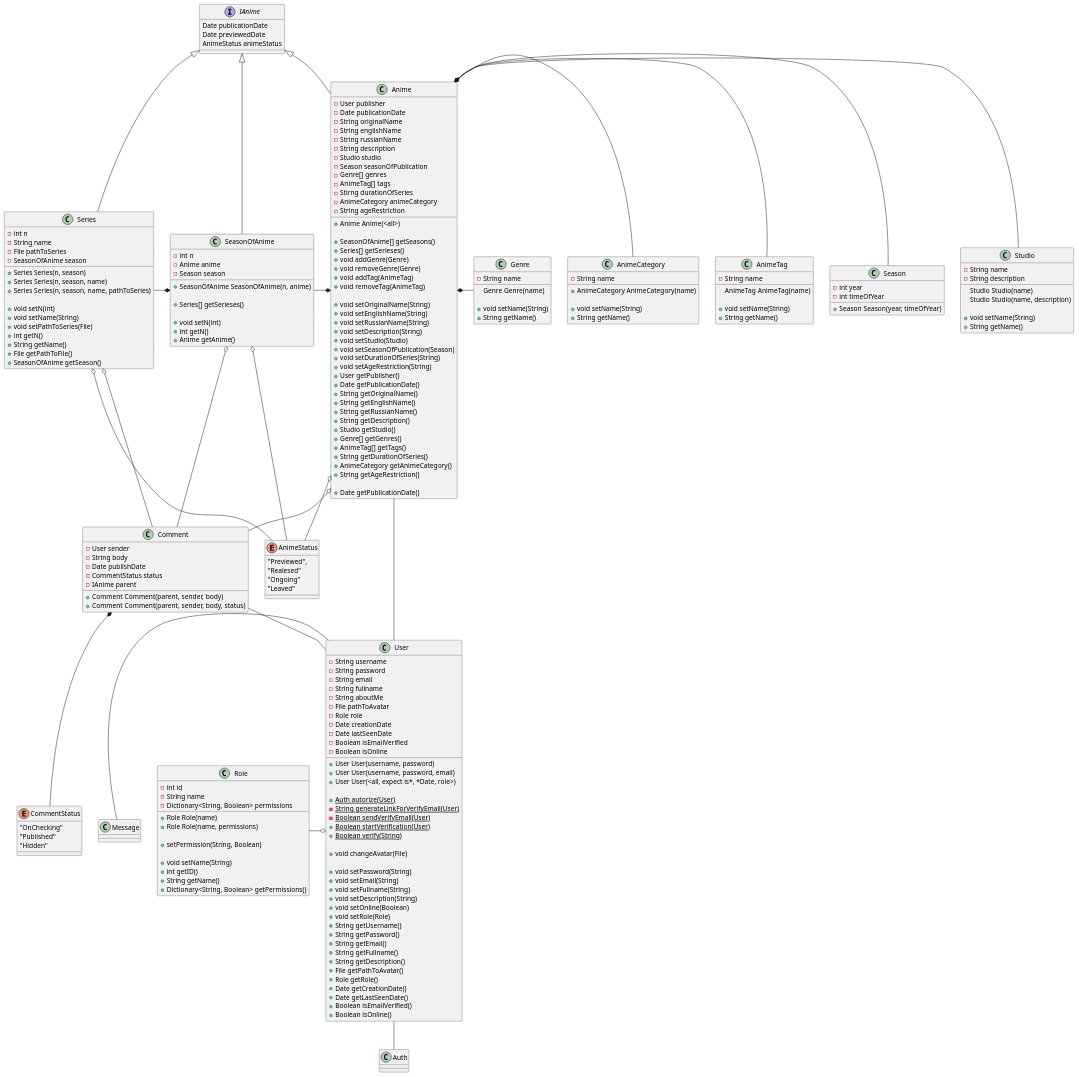
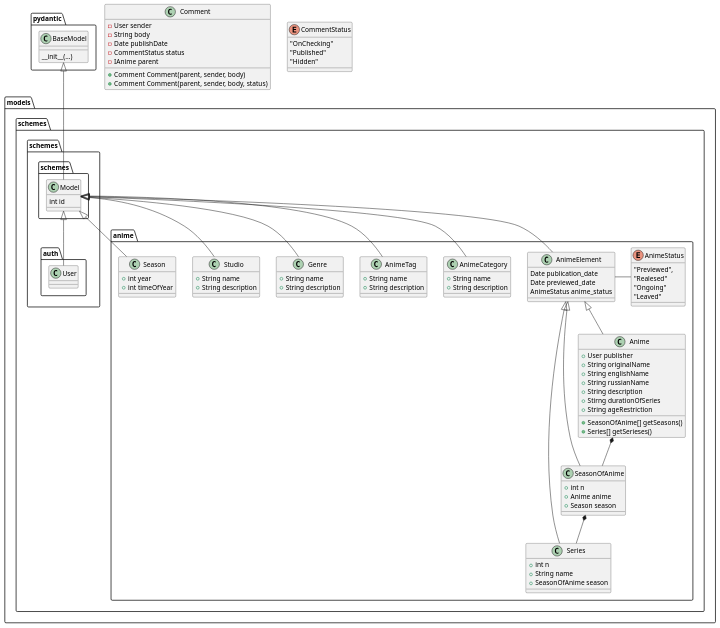
Before and after one commit to undiscoveredWorld/animeWatch: the diagram in docs/diagrams/classes.plantuml, drawn with PlantUML. The commit also changed 1 other file, not shown here.

```diff
--- a/docs/diagrams/classes.plantuml
+++ b/docs/diagrams/classes.plantuml
@@ -1,209 +1,117 @@
 @startuml class
 
-class Auth {
-    
+package pydantic {
+    class BaseModel {
+        __init__(...)
+    }
 }
 
-class Role {
-    - int id
-    - String name
-    - Dictionary<String, Boolean> permissions
-    
-    + Role Role(name)
-    + Role Role(name, permissions)
+package models {
+    package schemes {
+        package schemes.schemes {
+            class Model {
+                int id
+            }
 
-    + setPermission(String, Boolean)
+            BaseModel <|-- Model
+        }
 
-    + void setName(String)
-    + int getID()
-    + String getName()
-    + Dictionary<String, Boolean> getPermissions()
+        package schemes.auth {
+            class User {
+
+            }
+
+            Model <|-- User
+        }
+
+        package anime {
+            class AnimeElement {
+                Date publication_date
+                Date previewed_date
+                AnimeStatus anime_status
+            }
+
+            class Series {
+                + int n
+                + String name
+                + SeasonOfAnime season
+            }
+
+            class SeasonOfAnime {
+                + int n
+                + Anime anime
+                + Season season
+            }
+
+            class Anime {
+                + User publisher
+                + String originalName
+                + String englishName
+                + String russianName
+                + String description
+                + Stirng durationOfSeries
+                + String ageRestriction
+                
+                + SeasonOfAnime[] getSeasons()
+                + Series[] getSerieses()
+            }
+
+            class AnimeCategory {
+                + String name
+                + String description
+            }
+
+            class AnimeTag {
+                + String name
+                + String description
+            }
+
+            class Genre {
+                + String name
+                + String description
+            }
+
+            class Studio {
+                + String name
+                + String description
+            }
+
+            class Season {
+                + int year
+                + int timeOfYear
+            }
+
+            enum AnimeStatus {
+                "Previewed",
+                "Realesed"
+                "Ongoing"
+                "Leaved"
+            }
+
+            Model <|-- AnimeElement
+            Model <|-- AnimeCategory
+            Model <|-- AnimeTag
+            Model <|-- Genre
+            Model <|-- Studio
+            Model <|-- Season
+
+            AnimeElement <|-- Series
+            AnimeElement <|-- SeasonOfAnime
+            AnimeElement <|-- Anime
+
+            AnimeElement - AnimeStatus
+
+            SeasonOfAnime *-- Series
+            Anime *-- SeasonOfAnime
+        }
+    }
 }
 
-class User {
-    - String username
-    - String password
-    - String email
-    - String fullname
-    - String aboutMe
-    - File pathToAvatar
-    - Role role
-    - Date creationDate
-    - Date lastSeenDate
-    - Boolean isEmailVerified
-    - Boolean isOnline
 
-    + User User(username, password)
-    + User User(username, password, email)
-    + User User(<all, expect is*, *Date, role>)
 
-    + {static} Auth autorize(User)
-    - {static} String generateLinkForVerifyEmail(User)
-    - {static} Boolean sendVerifyEmail(User)
-    + {static} Boolean startVerification(User)
-    + {static} Boolean verify(String)
 
-    + void changeAvatar(File)
 
-    + void setPassword(String)
-    + void setEmail(String)
-    + void setFullname(String)
-    + void setDescription(String)
-    + void setOnline(Boolean)
-    + void setRole(Role)
-    + String getUsername()
-    + String getPassword()
-    + String getEmail()
-    + String getFullname()
-    + String getDescription()
-    + File getPathToAvatar()
-    + Role getRole()
-    + Date getCreationDate()
-    + Date getLastSeenDate()
-    + Boolean isEmailVerified()
-    + Boolean isOnline()
-}
 
-interface IAnime {
-    Date publicationDate
-    Date previewedDate
-    AnimeStatus animeStatus
-}
-
-class Series {
-    - int n
-    - String name
-    - File pathToSeries
-    - SeasonOfAnime season
-
-    + Series Series(n, season)
-    + Series Series(n, season, name)
-    + Series Series(n, season, name, pathToSeries)
-
-    + void setN(int)
-    + void setName(String)
-    + void setPathToSeries(File)
-    + int getN()
-    + String getName()
-    + File getPathToFile()
-    + SeasonOfAnime getSeason()
-
-}
-
-class SeasonOfAnime {
-    - int n
-    - Anime anime
-    - Season season
-
-    + SeasonOfAnime SeasonOfAnime(n, anime)
-
-    + Series[] getSerieses()
-
-    + void setN(int)
-    + int getN()
-    + Anime getAnime()
-}
-
-class Anime {
-    - User publisher
-    - Date publicationDate
-    - String originalName
-    - String englishName
-    - String russianName
-    - String description
-    - Studio studio
-    - Season seasonOfPublication
-    - Genre[] genres
-    - AnimeTag[] tags
-    - Stirng durationOfSeries
-    - AnimeCategory animeCategory
-    - String ageRestriction
-    
-    + Anime Anime(<all>)
-
-    + SeasonOfAnime[] getSeasons()
-    + Series[] getSerieses()
-    + void addGenre(Genre)
-    + void removeGenre(Genre)
-    + void addTag(AnimeTag)
-    + void removeTag(AnimeTag)
-
-    + void setOriginalName(String)
-    + void setEnglishName(String)
-    + void setRussianName(String)
-    + void setDescription(String)
-    + void setStudio(Studio)
-    + void setSeasonOfPublication(Season)
-    + void setDurationOfSeries(String)
-    + void setAgeRestriction(String)
-    + User getPublisher()
-    + Date getPublicationDate()
-    + String getOriginalName()
-    + String getEnglishName()
-    + String getRussianName()
-    + String getDescription()
-    + Studio getStudio()
-    + Genre[] getGenres()
-    + AnimeTag[] getTags()
-    + String getDurationOfSeries()
-    + AnimeCategory getAnimeCategory()
-    + String getAgeRestriction()
-
-    + Date getPublicationDate()
-}
-
-class AnimeCategory {
-    - String name
-    
-    + AnimeCategory AnimeCategory(name)
-
-    + void setName(String)
-    + String getName()
-
-}
-
-class AnimeTag {
-    - String name
-
-    AnimeTag AnimeTag(name)
-
-    + void setName(String)
-    + String getName()
-}
-
-class Genre {
-    - String name
-
-    Genre Genre(name)
-
-    + void setName(String)
-    + String getName()
-}
-
-class Studio {
-    - String name
-    - String description
-
-    Studio Studio(name)
-    Studio Studio(name, description)
-
-    + void setName(String)
-    + String getName()
-}
-
-class Season {
-    - int year
-    - int timeOfYear
-
-    + Season Season(year, timeOfYear)
-}
-
-enum AnimeStatus {
-    "Previewed",
-    "Realesed"
-    "Ongoing"
-    "Leaved"
-}
 
 class Comment {
     - User sender
@@ -223,31 +131,4 @@
     "Hidden"
 }
 
-User o-left- Role
-User -down- Auth
-User -left- Message
-User -- Anime
-
-IAnime <|-- Anime
-IAnime <|-- SeasonOfAnime
-IAnime <|-- Series
-
-Anime *-left- SeasonOfAnime
-SeasonOfAnime *-left- Series
-
-Anime *-right- AnimeCategory
-Anime *-right- Genre
-Anime o-right- Studio
-Anime o-right- Season
-Anime *-right- AnimeTag
-Anime o-down- AnimeStatus
-SeasonOfAnime o-down- AnimeStatus
-Series o-down- AnimeStatus
-
-Comment *-- CommentStatus
-Comment -- User
-Anime o-- Comment
-SeasonOfAnime o-- Comment
-Series o-- Comment
-
 @enduml
```
